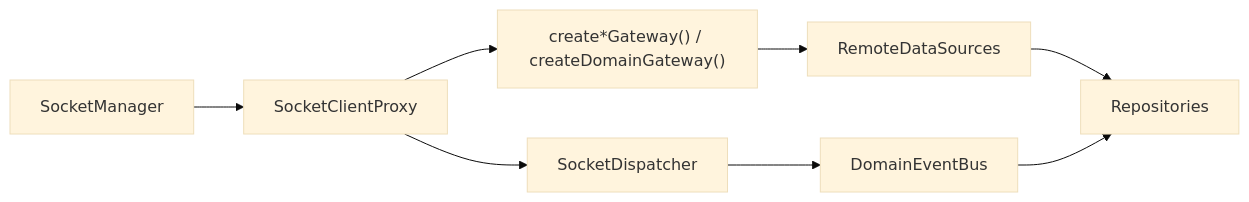
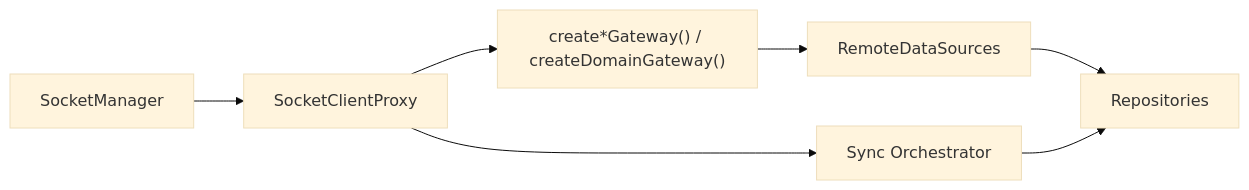
One commit to lemoncloud-io/dou-app changed the diagram in libs/data/docs/network-layer.md. Above: the diagram before and after it, drawn with Mermaid (base theme). The commit also changed other lines of this file and 2 other files, not shown here.

````diff
--- a/libs/data/docs/network-layer.md
+++ b/libs/data/docs/network-layer.md
@@ -16,10 +16,9 @@
 ```mermaid
 flowchart LR
   SM["SocketManager"] --> Proxy["SocketClientProxy"]
   Proxy --> GW["create*Gateway() / createDomainGateway()"]
   GW --> RDS["RemoteDataSources"]
-  Proxy --> DISP["SocketDispatcher"]
-  DISP --> BUS["DomainEventBus"]
   RDS --> REPO["Repositories"]
-  BUS --> REPO
+  ORCH["Sync Orchestrator"] --> REPO
+  Proxy --> ORCH
 ```
````
